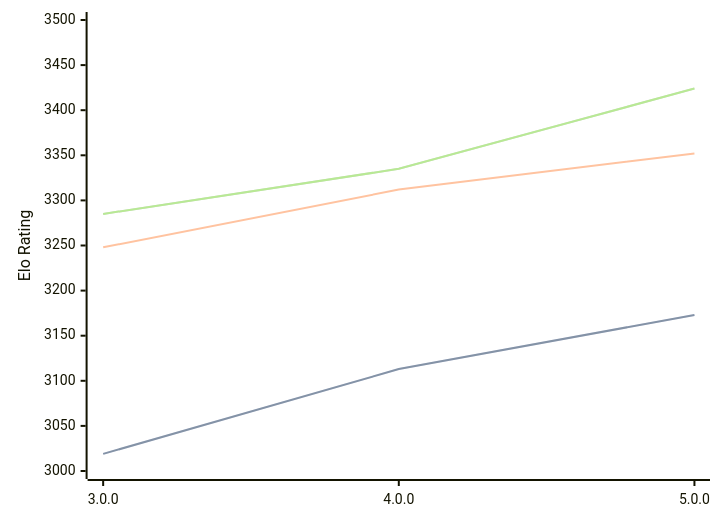
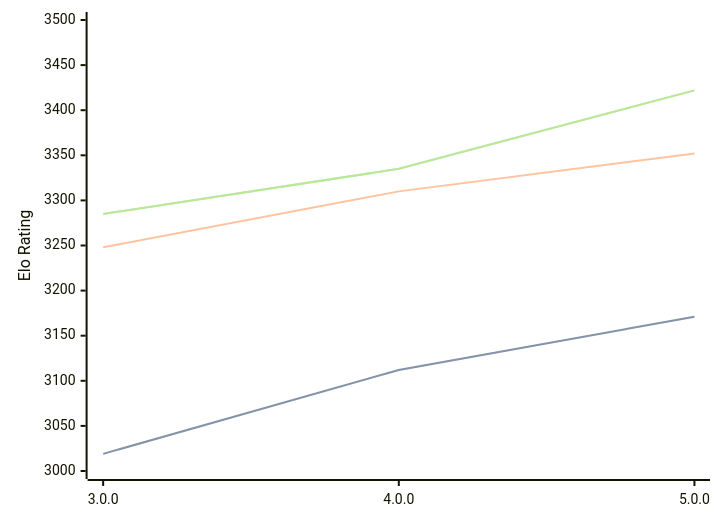
The diagram in engines/Minke.md (computer-chess-index/cci), drawn with Mermaid before and after one commit. The commit also changed other lines of this file, not shown here.

Commit message:
Update CCI Ratings (ELO VLTC) - 2026-04-20

````diff
--- a/engines/Minke.md
+++ b/engines/Minke.md
@@ -35,11 +35,11 @@
 ```mermaid
 %%{init: {"theme":"base","themeVariables":{"seriesColors:['#a3a3a3','#222221','#faa371']}}}%%
 xychart-beta
   x-axis ["3.0.0", "4.0.0", "5.0.0"]
   y-axis "Elo Rating" 3000 --> 3500
-  line "STC (8.0+0.08s)" [3019, 3113, 3173]
-  line "STC (8.0+0.08s)" [3019, 3113, 3173]
-  line "LTC (60.0+0.60s)" [3248, 3312, 3352]
-  line "VLTC (2m24s+1.12s)" [3285, 3335, 3424]
-  line "VLTC (2m24s+1.12s)" [3285, 3335, 3424]
+  line "STC (8.0+0.08s)" [3019, 3112, 3171]
+  line "STC (8.0+0.08s)" [3019, 3112, 3171]
+  line "LTC (60.0+0.60s)" [3248, 3310, 3352]
+  line "VLTC (2m24s+1.12s)" [3285, 3335, 3422]
+  line "VLTC (2m24s+1.12s)" [3285, 3335, 3422]
 ```
````
